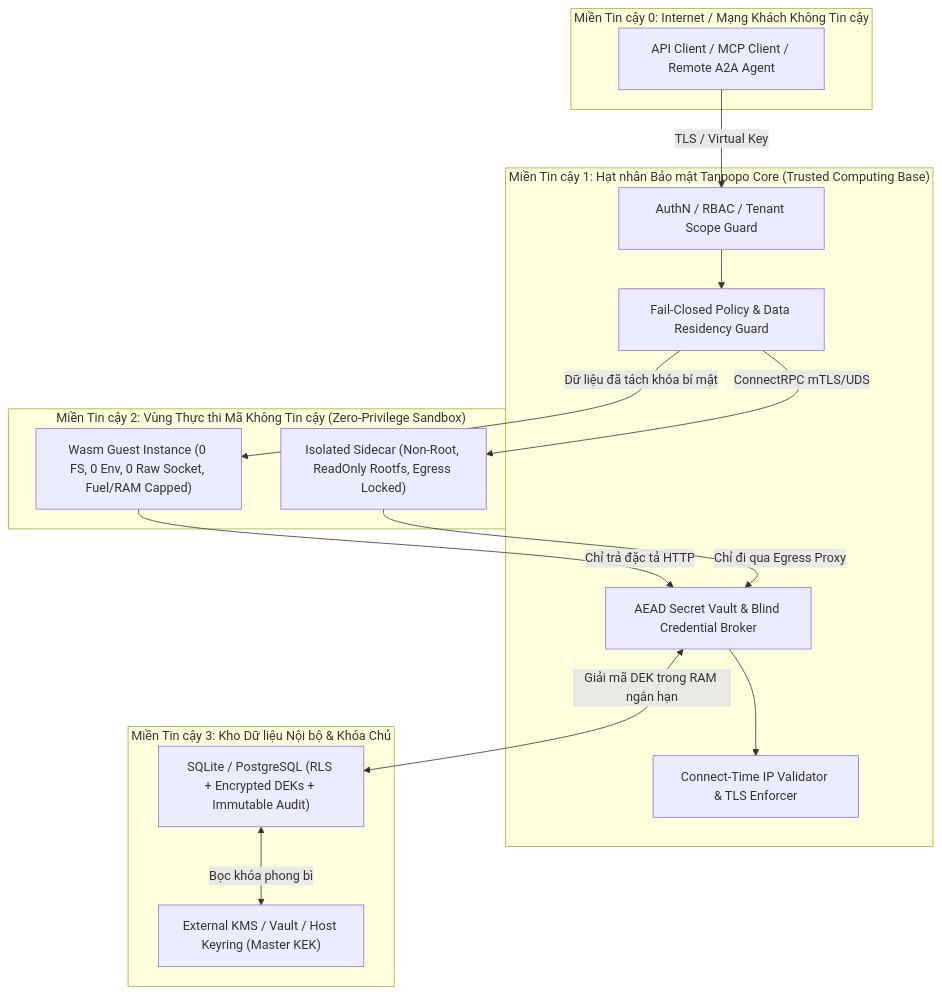
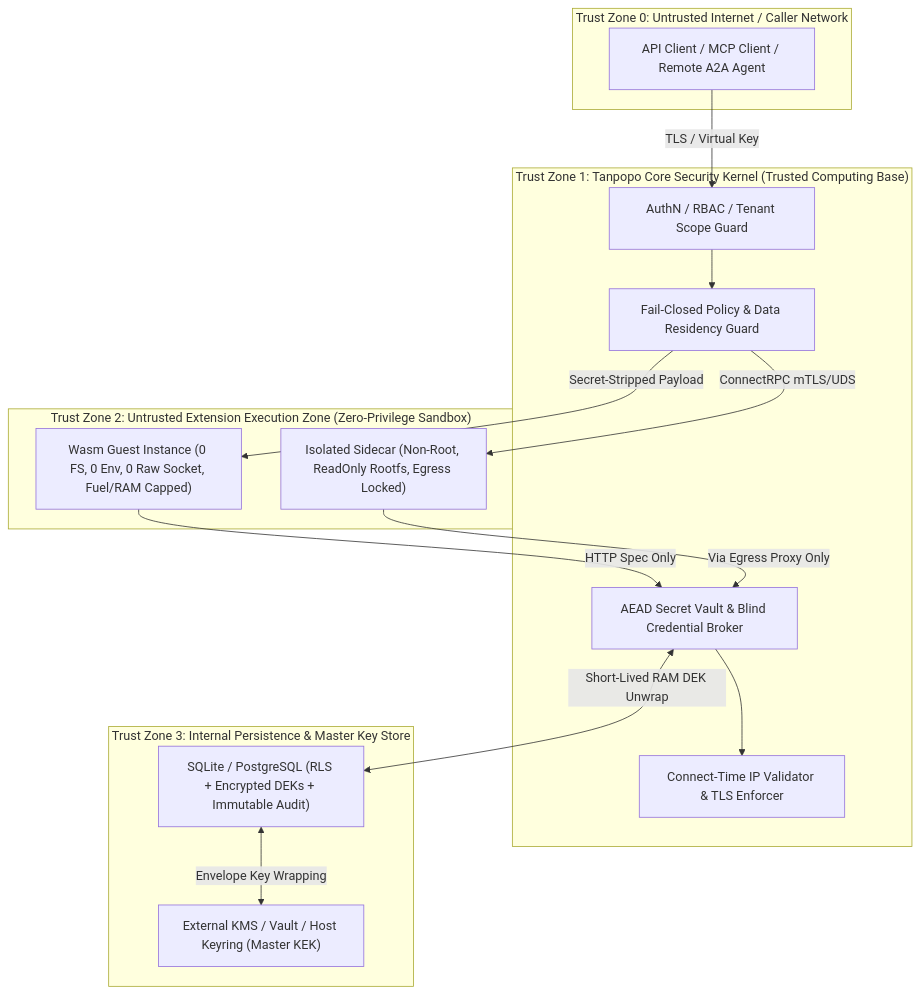
One commit to nguywnben/tanpopo changed the fourth of 4 diagrams in docs/architecture/system-design.md. Above: the diagram before and after it, drawn with Mermaid. The commit also changed other lines of this file and 111 other files, not shown here.

````diff
--- a/docs/architecture/system-design.md
+++ b/docs/architecture/system-design.md
@@ -238,33 +238,33 @@
 ```mermaid
 flowchart TB
-    subgraph TB0["Miền Tin cậy 0: Internet / Mạng Khách Không Tin cậy"]
+    subgraph TB0["Trust Zone 0: Untrusted Internet / Caller Network"]
         ExtCaller["API Client / MCP Client / Remote A2A Agent"]
     end
 
-    subgraph TB1["Miền Tin cậy 1: Hạt nhân Bảo mật Tanpopo Core (Trusted Computing Base)"]
+    subgraph TB1["Trust Zone 1: Tanpopo Core Security Kernel (Trusted Computing Base)"]
         AuthGate["AuthN / RBAC / Tenant Scope Guard"]
         PolGate["Fail-Closed Policy & Data Residency Guard"]
         VaultBroker["AEAD Secret Vault & Blind Credential Broker"]
         SSRFGuard["Connect-Time IP Validator & TLS Enforcer"]
     end
 
-    subgraph TB2["Miền Tin cậy 2: Vùng Thực thi Mã Không Tin cậy (Zero-Privilege Sandbox)"]
+    subgraph TB2["Trust Zone 2: Untrusted Extension Execution Zone (Zero-Privilege Sandbox)"]
         WasmBox["Wasm Guest Instance (0 FS, 0 Env, 0 Raw Socket, Fuel/RAM Capped)"]
         SidecarBox["Isolated Sidecar (Non-Root, ReadOnly Rootfs, Egress Locked)"]
     end
 
-    subgraph TB3["Miền Tin cậy 3: Kho Dữ liệu Nội bộ & Khóa Chủ"]
+    subgraph TB3["Trust Zone 3: Internal Persistence & Master Key Store"]
         RelDB["SQLite / PostgreSQL (RLS + Encrypted DEKs + Immutable Audit)"]
         MasterKMS["External KMS / Vault / Host Keyring (Master KEK)"]
     end
 
     ExtCaller -->|"TLS / Virtual Key"| AuthGate
     AuthGate --> PolGate
-    PolGate -->|"Dữ liệu đã tách khóa bí mật"| WasmBox
+    PolGate -->|"Secret-Stripped Payload"| WasmBox
     PolGate -->|"ConnectRPC mTLS/UDS"| SidecarBox
-    WasmBox -->|"Chỉ trả đặc tả HTTP"| VaultBroker
-    SidecarBox -->|"Chỉ đi qua Egress Proxy"| VaultBroker
+    WasmBox -->|"HTTP Spec Only"| VaultBroker
+    SidecarBox -->|"Via Egress Proxy Only"| VaultBroker
     VaultBroker --> SSRFGuard
-    VaultBroker <-->|"Giải mã DEK trong RAM ngắn hạn"| RelDB
-    RelDB <-->|"Bọc khóa phong bì"| MasterKMS
+    VaultBroker <-->|"Short-Lived RAM DEK Unwrap"| RelDB
+    RelDB <-->|"Envelope Key Wrapping"| MasterKMS
 ```
````
